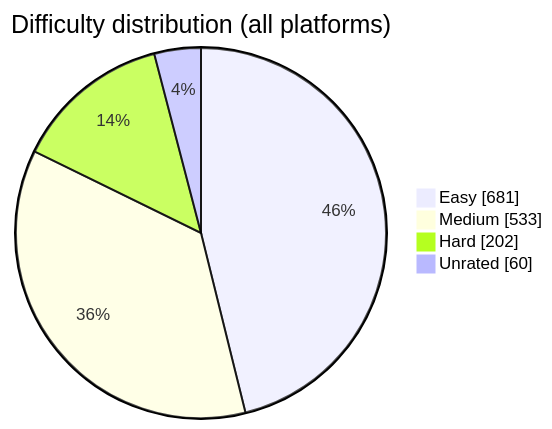
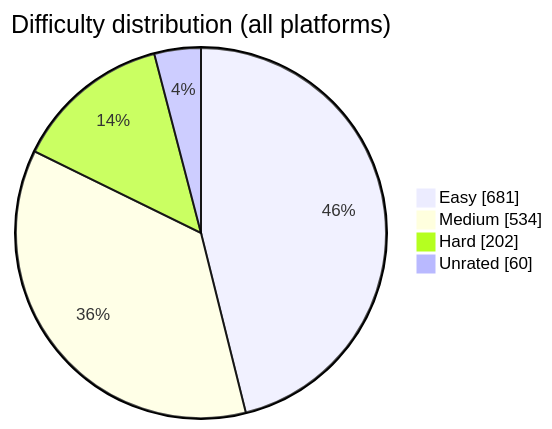
One commit to BuildbyArindam/Daily-Coding-Log changed the diagram in README.md. Above: the diagram before and after it, drawn with Mermaid. The commit also changed other lines of this file, not shown here.

````diff
--- a/README.md
+++ b/README.md
@@ -93,7 +93,7 @@
 ```mermaid
 pie showData title Difficulty distribution (all platforms)
     "Easy" : 681
-    "Medium" : 533
+    "Medium" : 534
     "Hard" : 202
     "Unrated" : 60
 ```
````
